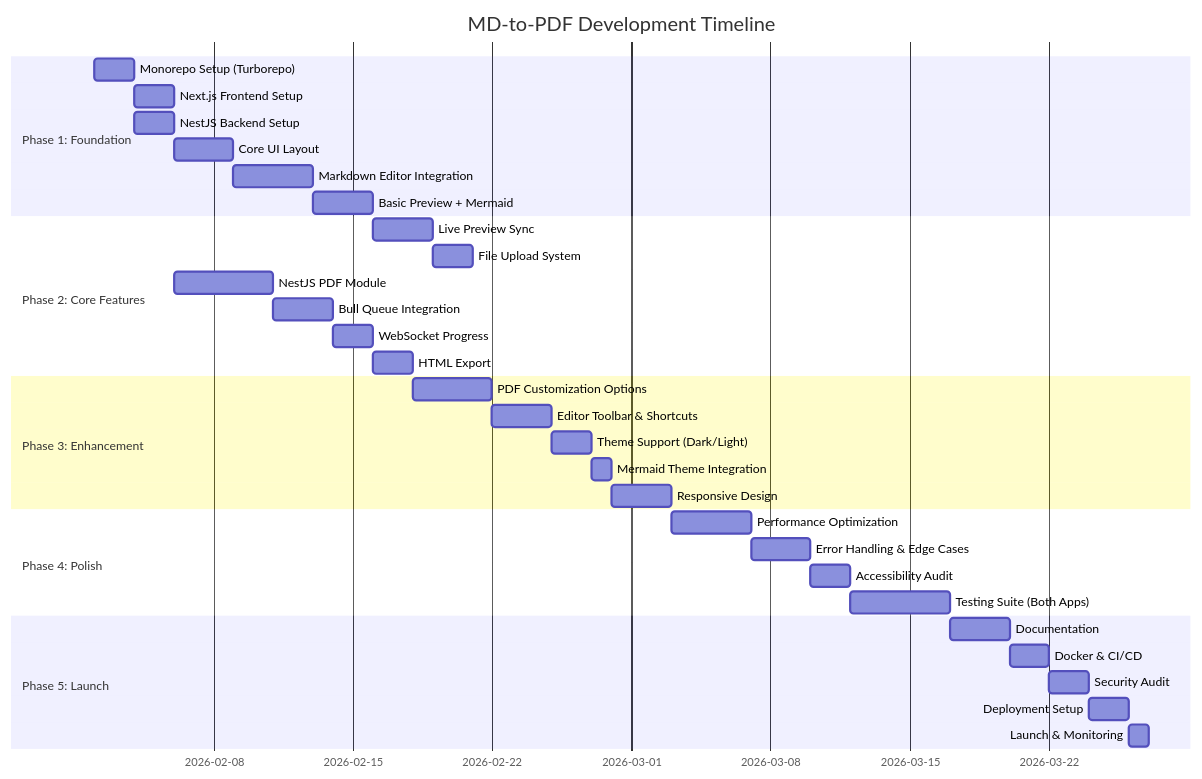
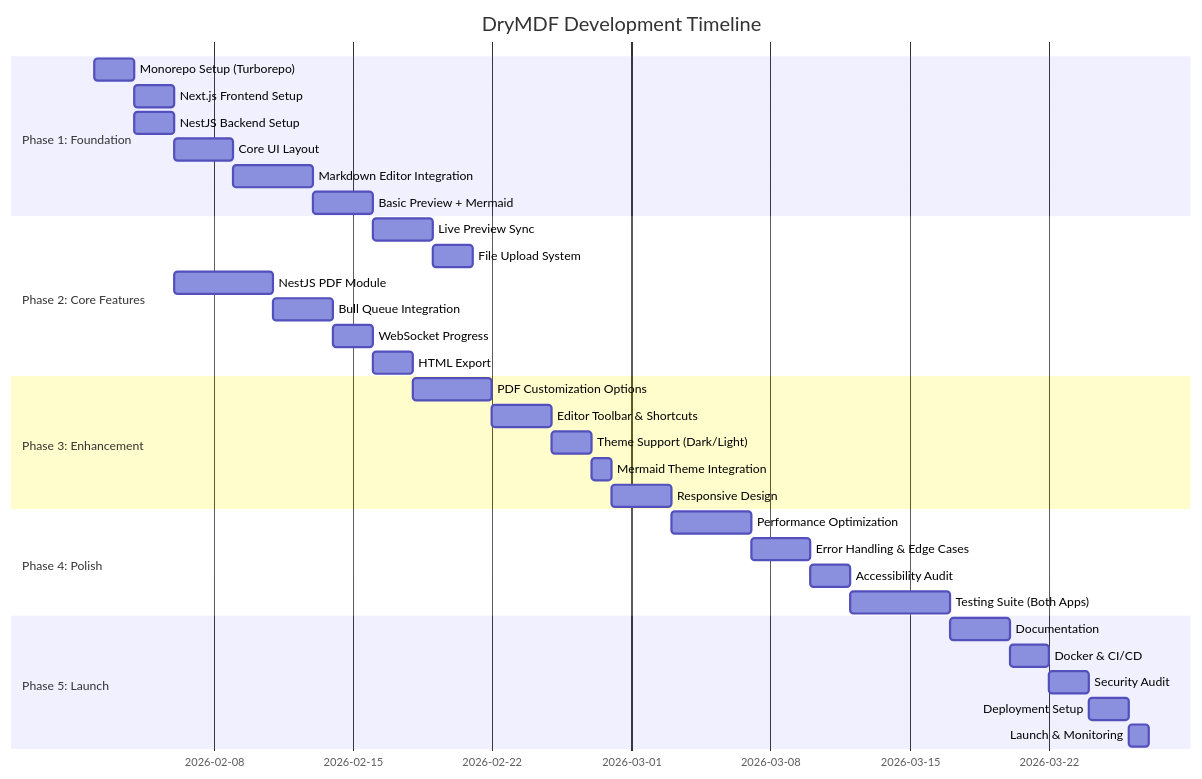
The eighth of 9 diagrams in docs/PROJECT_PLAN.md (ajay-mandal/DryMDF), drawn with Mermaid before and after one commit. The commit also changed other lines of this file and 24 other files, not shown here.

Commit message:
refactor: rename project from MD-to-PDF to DryMDF and update related configurations

````diff
--- a/docs/PROJECT_PLAN.md
+++ b/docs/PROJECT_PLAN.md
@@ -403,41 +403,41 @@
 ```mermaid
 gantt
-    title MD-to-PDF Development Timeline
+    title DryMDF Development Timeline
     dateFormat  YYYY-MM-DD
 
     section Phase 1: Foundation
     Monorepo Setup (Turborepo)       :p1a, 2026-02-02, 2d
     Next.js Frontend Setup           :p1b, after p1a, 2d
     NestJS Backend Setup             :p1c, after p1a, 2d
     Core UI Layout                   :p1d, after p1b, 3d
     Markdown Editor Integration      :p1e, after p1d, 4d
     Basic Preview + Mermaid          :p1f, after p1e, 3d
 
     section Phase 2: Core Features
     Live Preview Sync                :p2a, after p1f, 3d
     File Upload System               :p2b, after p2a, 2d
     NestJS PDF Module                :p2c, after p1c, 5d
     Bull Queue Integration           :p2d, after p2c, 3d
     WebSocket Progress               :p2e, after p2d, 2d
     HTML Export                      :p2f, after p2e, 2d
 
     section Phase 3: Enhancement
     PDF Customization Options        :p3a, after p2f, 4d
     Editor Toolbar & Shortcuts       :p3b, after p3a, 3d
     Theme Support (Dark/Light)       :p3c, after p3b, 2d
     Mermaid Theme Integration        :p3d, after p3c, 1d
     Responsive Design                :p3e, after p3d, 3d
 
     section Phase 4: Polish
     Performance Optimization         :p4a, after p3e, 4d
     Error Handling & Edge Cases      :p4b, after p4a, 3d
     Accessibility Audit              :p4c, after p4b, 2d
     Testing Suite (Both Apps)        :p4d, after p4c, 5d
 
     section Phase 5: Launch
     Documentation                    :p5a, after p4d, 3d
     Docker & CI/CD                   :p5b, after p5a, 2d
     Security Audit                   :p5c, after p5b, 2d
     Deployment Setup                 :p5d, after p5c, 2d
     Launch & Monitoring              :p5e, after p5d, 1d
 ```
````
